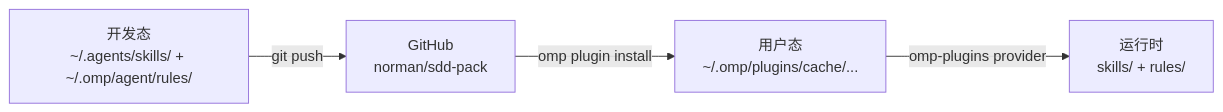
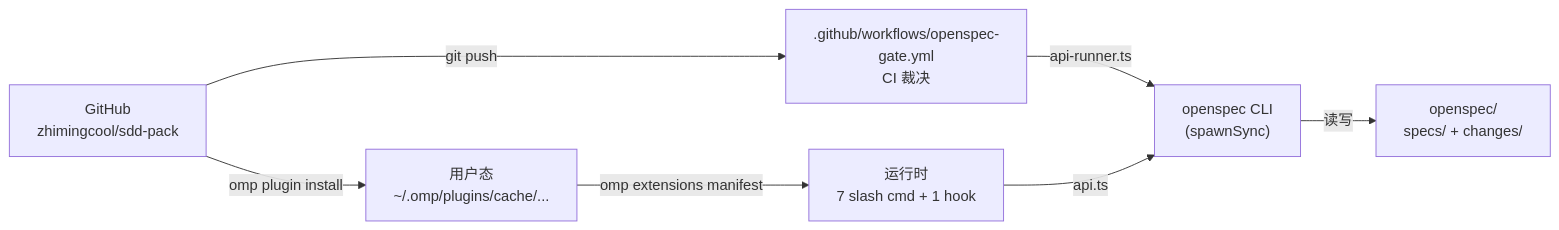
Before and after one commit to Norman-pong/sdd-pack: the second of 2 diagrams in docs/architecture/overview.md, drawn with Mermaid. The commit also changed other lines of this file, not shown here.

First line of the commit message:
docs(architecture): rewrite overview to current-state only, no history/ADR/evolution

````diff
--- a/docs/architecture/overview.md
+++ b/docs/architecture/overview.md
@@ -144,6 +265,9 @@
 ```mermaid
 graph LR
-    Dev["开发态<br/>~/.agents/skills/ + ~/.omp/agent/rules/"] -->|git push| Repo["GitHub<br/>norman/sdd-pack"]
-    Repo -->|omp plugin install| UserCache["用户态<br/>~/.omp/plugins/cache/..."]
-    UserCache -->|omp-plugins provider| Runtime["运行时<br/>skills/ + rules/"]
+    Repo["GitHub<br/>zhimingcool/sdd-pack"] -->|omp plugin install| Cache["用户态<br/>~/.omp/plugins/cache/..."]
+    Cache -->|omp extensions manifest| Runtime["运行时<br/>7 slash cmd + 1 hook"]
+    Repo -->|git push| CI[".github/workflows/openspec-gate.yml<br/>CI 裁决"]
+    CI -->|api-runner.ts| OpenSpec["openspec CLI<br/>(spawnSync)"]
+    Runtime -->|api.ts| OpenSpec
+    OpenSpec -->|读写| Project["openspec/<br/>specs/ + changes/"]
 ```
````
